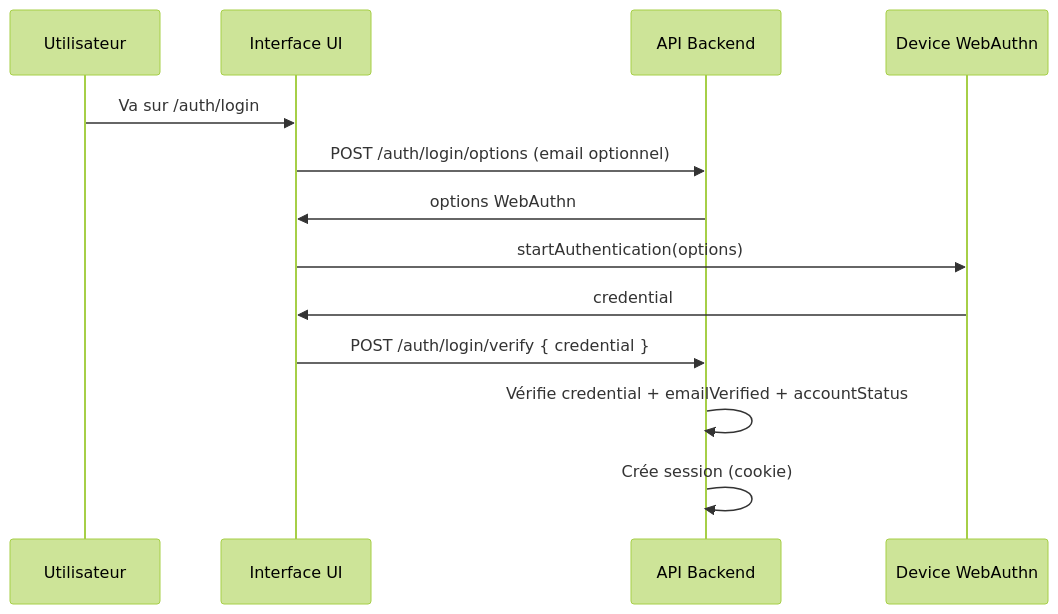
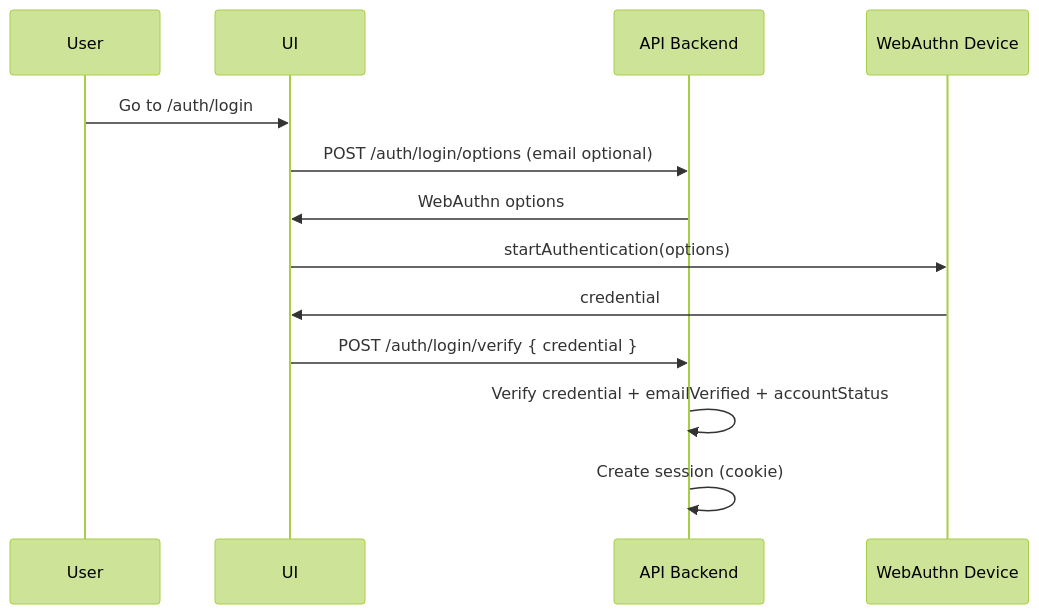
One commit to rhanka/sentropic changed the third of 5 diagrams in spec/WORKFLOW_AUTH.md. Above: the diagram before and after it, drawn with Mermaid (forest theme). The commit also changed other lines of this file and 13 other files, not shown here.

````diff
--- a/spec/WORKFLOW_AUTH.md
+++ b/spec/WORKFLOW_AUTH.md
@@ -80,16 +80,16 @@
 ```mermaid
 sequenceDiagram
-    participant U as Utilisateur
-    participant UI as Interface UI
+    participant U as User
+    participant UI as UI
     participant API as API Backend
-    participant Device as Device WebAuthn
+    participant Device as WebAuthn Device
 
-    U->>UI: Va sur /auth/login
-    UI->>API: POST /auth/login/options (email optionnel)
-    API->>UI: options WebAuthn
+    U->>UI: Go to /auth/login
+    UI->>API: POST /auth/login/options (email optional)
+    API->>UI: WebAuthn options
     UI->>Device: startAuthentication(options)
     Device->>UI: credential
     UI->>API: POST /auth/login/verify { credential }
-    API->>API: Vérifie credential + emailVerified + accountStatus
-    API->>API: Crée session (cookie)
+    API->>API: Verify credential + emailVerified + accountStatus
+    API->>API: Create session (cookie)
 ```
````
